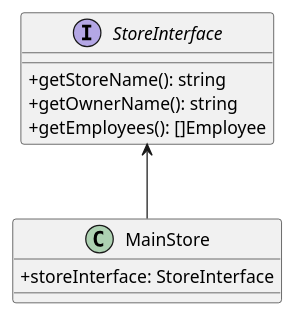
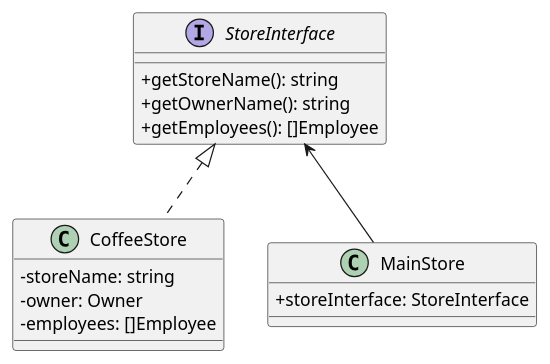
The diagram in class_diagram/docs/dependency.puml (muhammadrivaldy/all-about-tech), drawn with PlantUML before and after one commit. The commit also changed 1 other file, not shown here.

Commit message:
Update the dependency diagram

```diff
--- a/class_diagram/docs/dependency.puml
+++ b/class_diagram/docs/dependency.puml
@@ -1,17 +1,23 @@
 @startuml Dependency
 
 skinparam classAttributeIconSize 0
 
 interface StoreInterface {
     + getStoreName(): string
     + getOwnerName(): string
     + getEmployees(): []Employee
 }
 
+class CoffeeStore implements StoreInterface {
+    - storeName: string
+    - owner: Owner
+    - employees: []Employee
+}
+
 class MainStore {
     + storeInterface: StoreInterface
 }
 
 StoreInterface <-- MainStore
 
 @enduml
```
